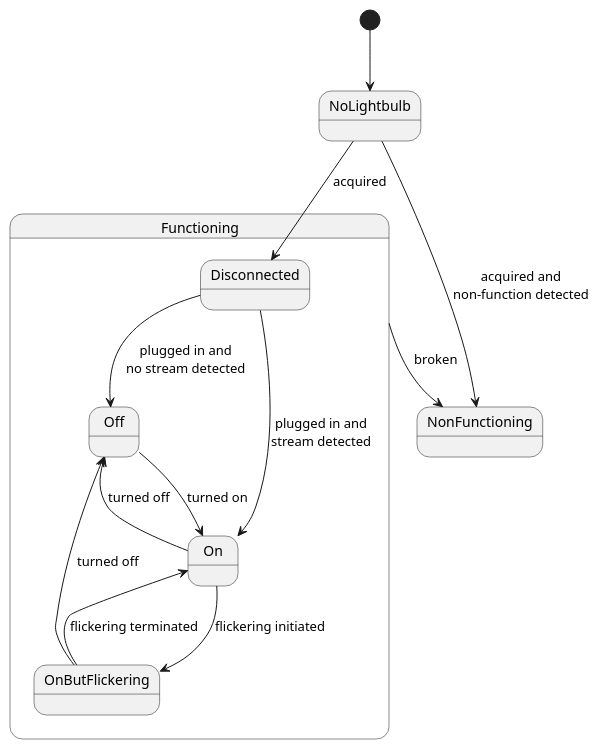
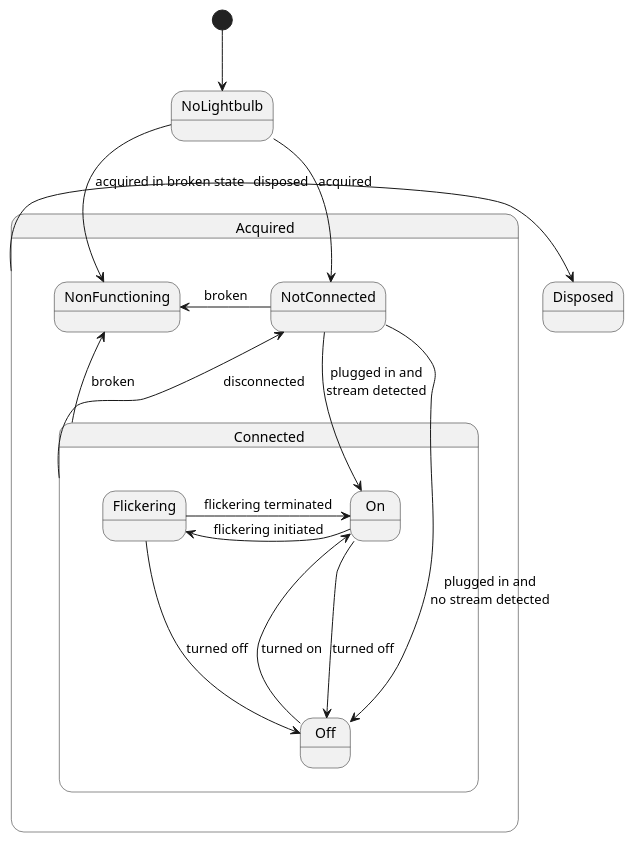
The diagram in docs/LightbulbStates.puml (TristanoSuriani/Java17SparksOfDesign), drawn with PlantUML before and after one commit. The commit also changed 43 other files, not shown here.

```diff
--- a/docs/LightbulbStates.puml
+++ b/docs/LightbulbStates.puml
@@ -1,26 +1,41 @@
 @startuml
 state NoLightbulb
-state NonFunctioning
-state Functioning {
-  state Off
-  state On
-  state OnButFlickering
-  state Disconnected
+state Acquired {
+    state NotConnected
+    state Connected {
+        state Off
+        state On
+        state Flickering
+    }
+
+    state NonFunctioning
 }
 
+state Disposed
+
+
+
+
+
+
 [*] -down-> NoLightbulb
-NoLightbulb -down-> NonFunctioning : acquired and\nnon-function detected
-NoLightbulb -down-> Disconnected : acquired
-Functioning -down-> NonFunctioning : broken
+NoLightbulb -down-> NonFunctioning : acquired in broken state
+NoLightbulb -down-> NotConnected : acquired
 
-Disconnected -down-> Off : plugged in and\nno stream detected
-Disconnected -down-> On : plugged in and\nstream detected
+NotConnected -down-> Off : plugged in and\nno stream detected
+NotConnected -down-> On : plugged in and\nstream detected
+NotConnected -left-> NonFunctioning : broken
+Connected -up-> NonFunctioning : broken
+Connected -down-> NotConnected : disconnected
 
-On -down-> Off : turned off
-On -down-> OnButFlickering : flickering initiated
+On -down--> Off : turned off
+On -left-> Flickering : flickering initiated
 
 Off -down-> On : turned on
 
-OnButFlickering -down-> Off : turned off
-OnButFlickering -down-> On : flickering terminated
+Flickering -down-> Off : turned off
+Flickering -right-> On : flickering terminated
+
+Acquired -right----> Disposed : disposed
+
 @enduml
```
